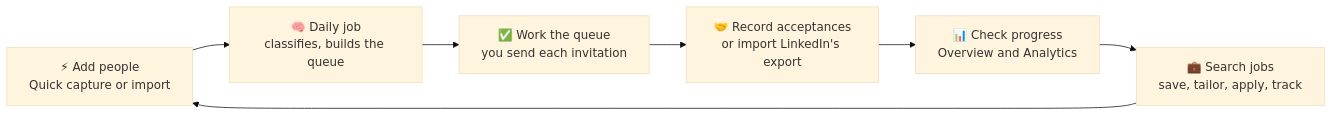
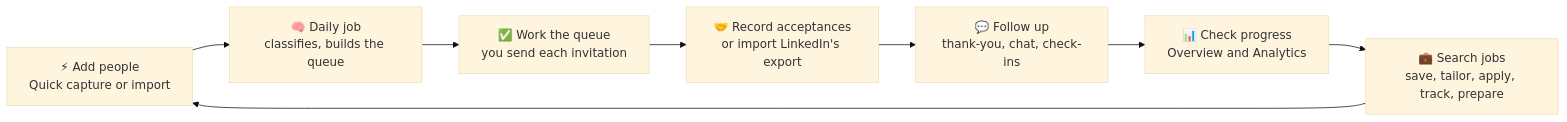
One commit to ShervinBabaei2007/Network-Growth-Assistance changed the first of 2 diagrams in README.md. Above: the diagram before and after it, drawn with Mermaid (base theme). The commit also changed other lines of this file, not shown here.

````diff
--- a/README.md
+++ b/README.md
@@ -144,9 +152,10 @@
 ```mermaid
 flowchart LR
     A["⚡ Add people<br/>Quick capture or import"] --> B["🧠 Daily job<br/>classifies, builds the queue"]
     B --> C["✅ Work the queue<br/>you send each invitation"]
     C --> D["🤝 Record acceptances<br/>or import LinkedIn's export"]
-    D --> E["📊 Check progress<br/>Overview and Analytics"]
-    E --> F["💼 Search jobs<br/>save, tailor, apply, track"]
+    D --> G["💬 Follow up<br/>thank-you, chat, check-ins"]
+    G --> E["📊 Check progress<br/>Overview and Analytics"]
+    E --> F["💼 Search jobs<br/>save, tailor, apply, track, prepare"]
     F --> A
 ```
````
